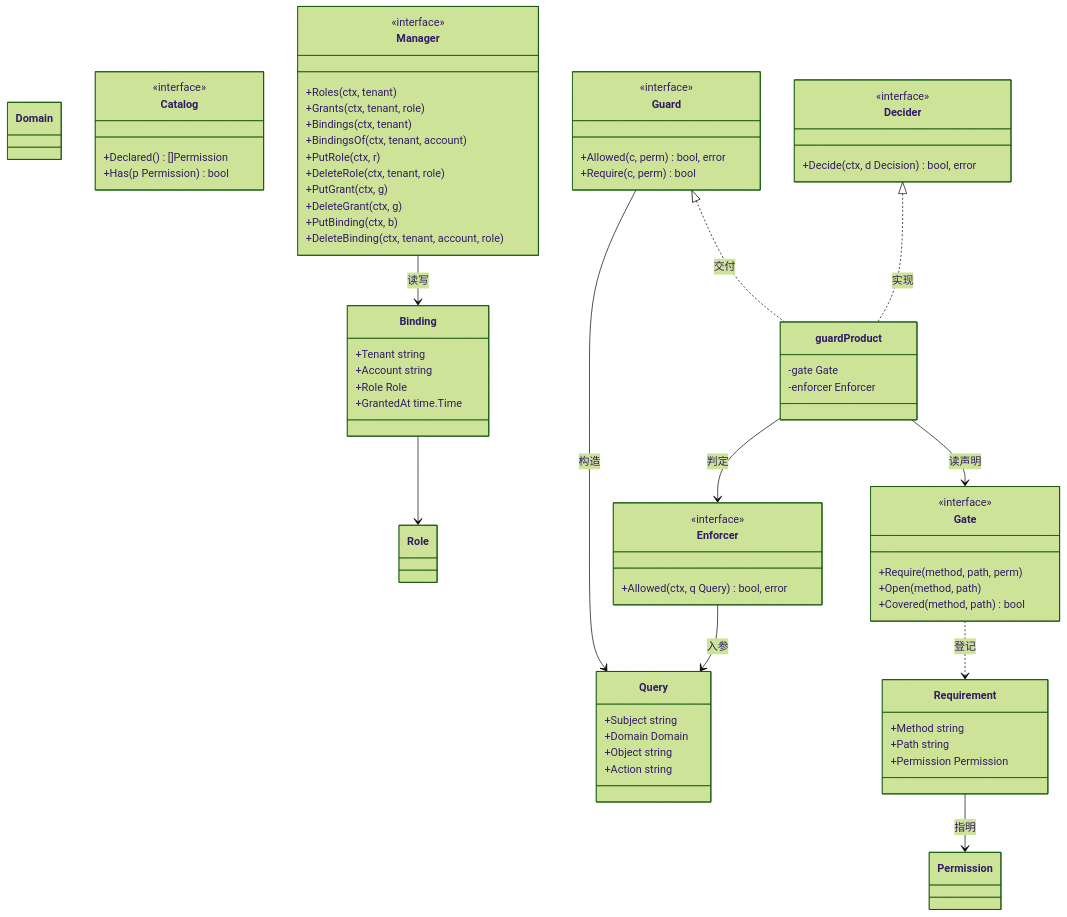
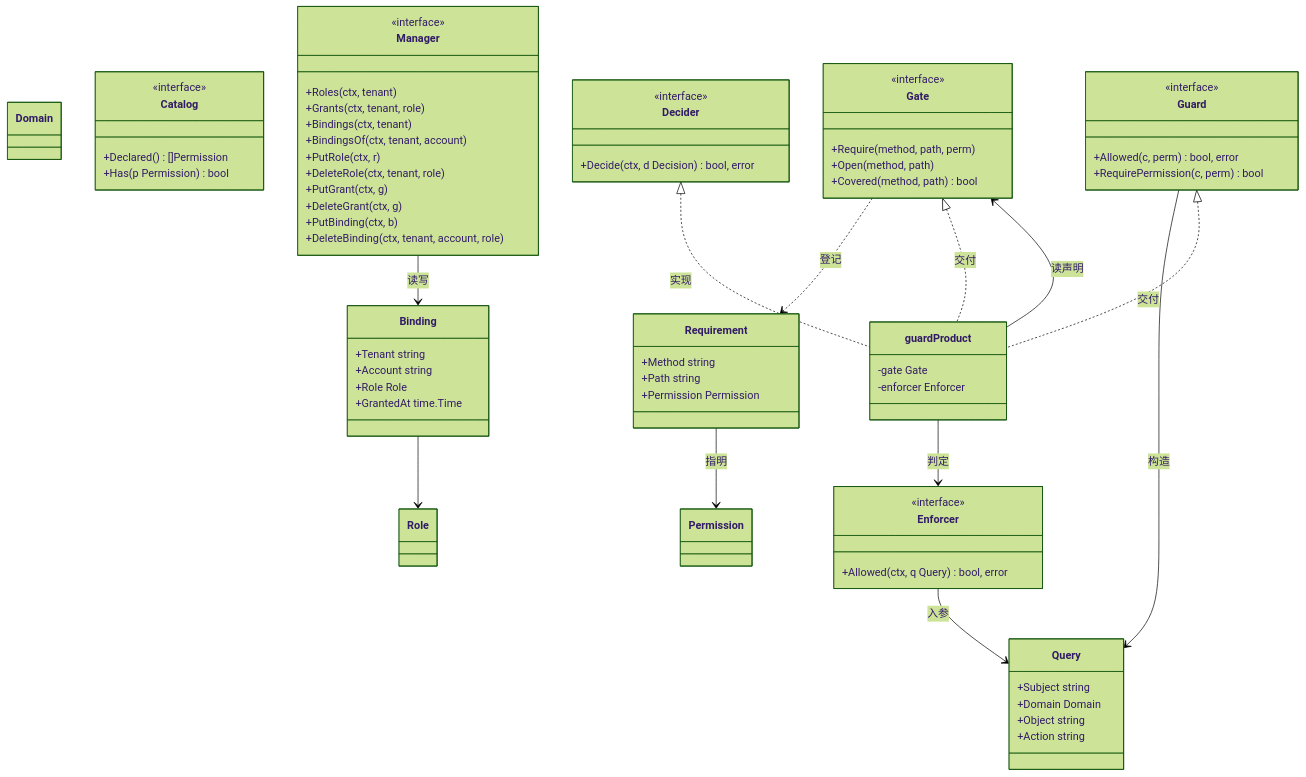
The first of 3 diagrams in docs/design/modules/design-authz.md (wangzw/speed), drawn with Mermaid (forest theme) before and after one commit. The commit also changed other lines of this file and 17 other files, not shown here.

````diff
--- a/docs/design/modules/design-authz.md
+++ b/docs/design/modules/design-authz.md
@@ -296,74 +296,75 @@
 ```mermaid
 classDiagram
     class Permission
     class Role
     class Domain
     class Query {
         +Subject string
         +Domain Domain
         +Object string
         +Action string
     }
     class Requirement {
         +Method string
         +Path string
         +Permission Permission
     }
     class Enforcer {
         <<interface>>
         +Allowed(ctx, q Query) bool, error
     }
     class Catalog {
         <<interface>>
         +Declared() []Permission
         +Has(p Permission) bool
     }
     class Gate {
         <<interface>>
         +Require(method, path, perm)
         +Open(method, path)
         +Covered(method, path) bool
     }
     class Guard {
         <<interface>>
         +Allowed(c, perm) bool, error
-        +Require(c, perm) bool
+        +RequirePermission(c, perm) bool
     }
     class Manager {
         <<interface>>
         +Roles(ctx, tenant)
         +Grants(ctx, tenant, role)
         +Bindings(ctx, tenant)
         +BindingsOf(ctx, tenant, account)
         +PutRole(ctx, r)
         +DeleteRole(ctx, tenant, role)
         +PutGrant(ctx, g)
         +DeleteGrant(ctx, g)
         +PutBinding(ctx, b)
         +DeleteBinding(ctx, tenant, account, role)
     }
     class Binding {
         +Tenant string
         +Account string
         +Role Role
         +GrantedAt time.Time
     }
     class Decider {
         <<interface>>
         +Decide(ctx, d Decision) bool, error
     }
     class guardProduct {
         -gate Gate
         -enforcer Enforcer
     }
     Enforcer --> Query : 入参
     Guard --> Query : 构造
     Requirement --> Permission : 指明
     Gate ..> Requirement : 登记
     Binding --> Role
     Manager --> Binding : 读写
     Decider <|.. guardProduct : 实现
     Guard <|.. guardProduct : 交付
+    Gate <|.. guardProduct : 交付
     guardProduct --> Enforcer : 判定
     guardProduct --> Gate : 读声明
 ```
````
